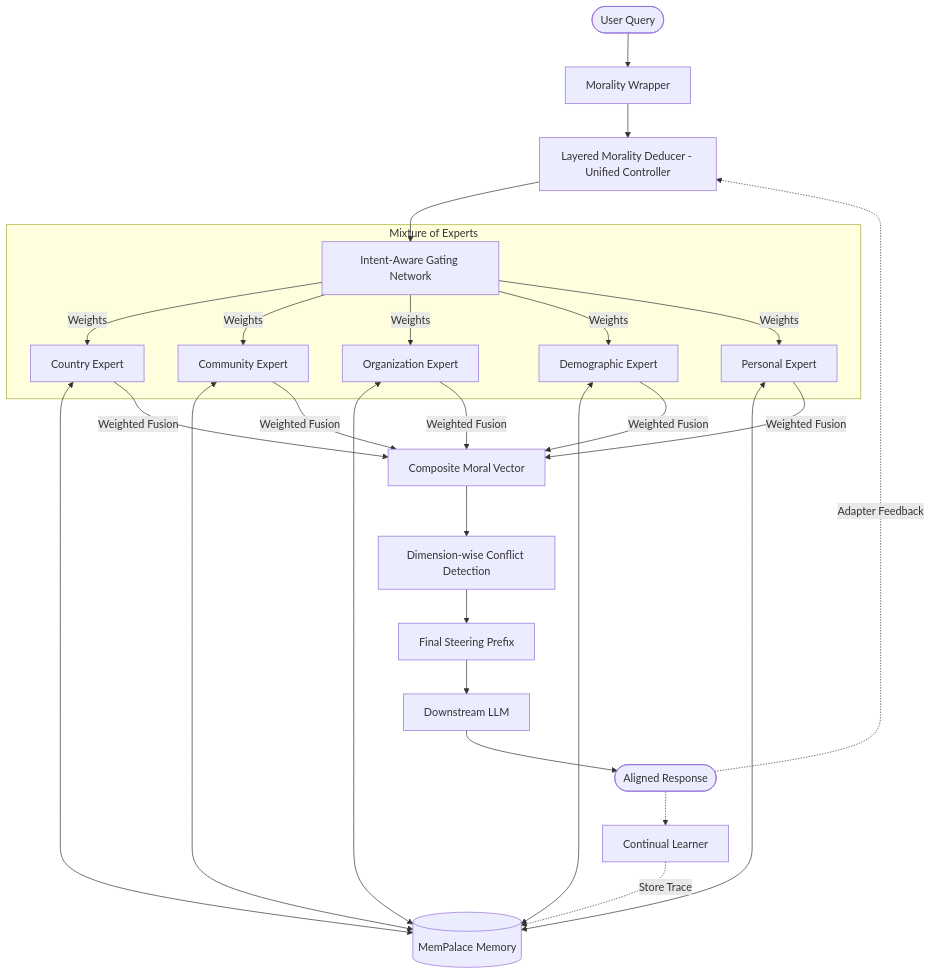
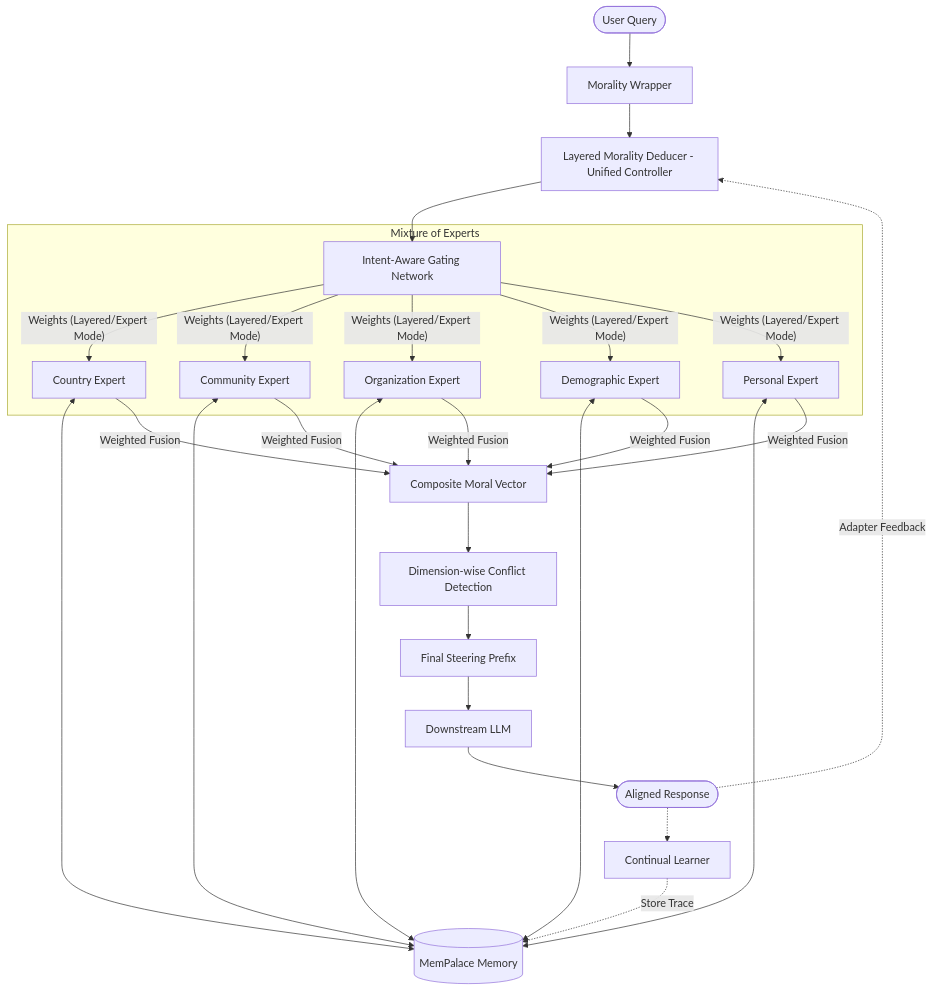
Before and after one commit to Neutron-Binary-LLC/OpenDike: the first of 4 diagrams in README.md, drawn with Mermaid. The commit also changed other lines of this file and 2 other files, not shown here.

Commit message:
Add intent-aware gating with layered and expert modes. Modify routing logic to dynamically adjust weights based on query intent. Update config and expand README with detailed intent configuration and system behavior.

````diff
--- a/README.md
+++ b/README.md
@@ -24,30 +24,30 @@
 ```mermaid
 graph TD
     User([User Query]) --> Wrapper[Morality Wrapper]
     Wrapper --> Deducer[Layered Morality Deducer - Unified Controller]
     
     subgraph MoE [Mixture of Experts]
         Gating[Intent-Aware Gating Network]
         E1[Country Expert]
         E2[Community Expert]
         E3[Organization Expert]
         E4[Demographic Expert]
         E5[Personal Expert]
     end
     
     Deducer --> Gating
-    Gating --> |Weights| E1 & E2 & E3 & E4 & E5
+    Gating --> |"Weights (Layered/Expert Mode)"| E1 & E2 & E3 & E4 & E5
     
     E1 & E2 & E3 & E4 & E5 <--> MemPalace[(MemPalace Memory)]
     
     E1 & E2 & E3 & E4 & E5 --> |Weighted Fusion| Vector[Composite Moral Vector]
     Vector --> Conflict[Dimension-wise Conflict Detection]
     Conflict --> FinalVector[Final Steering Prefix]
     
     FinalVector --> LLM[Downstream LLM]
     LLM --> Response([Aligned Response])
     
     Response -.-> Learner[Continual Learner]
     Learner -.-> |Store Trace| MemPalace
     Response -.-> |Adapter Feedback| Deducer
 ```
````
